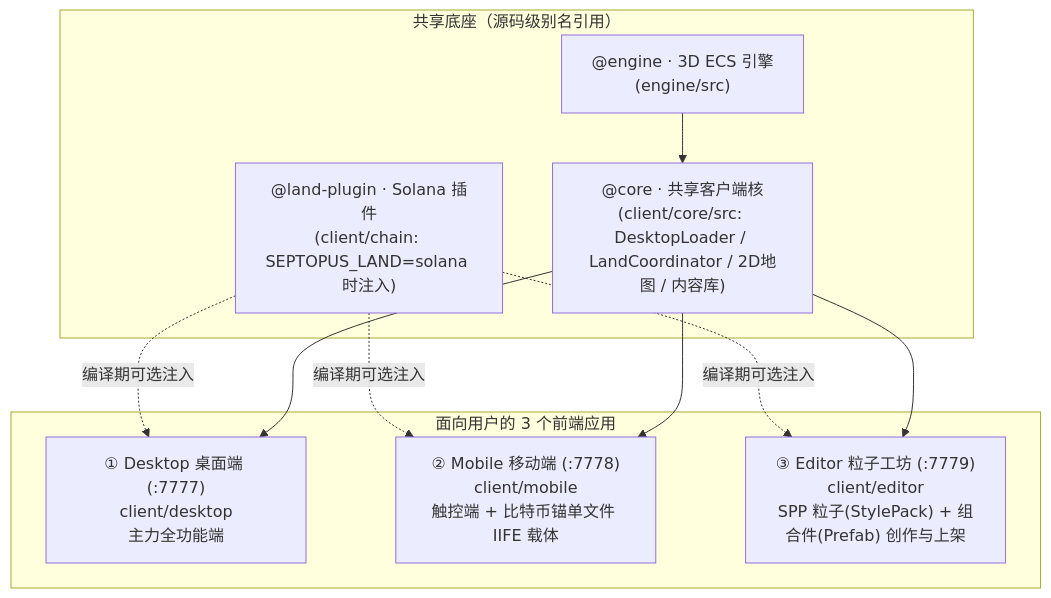
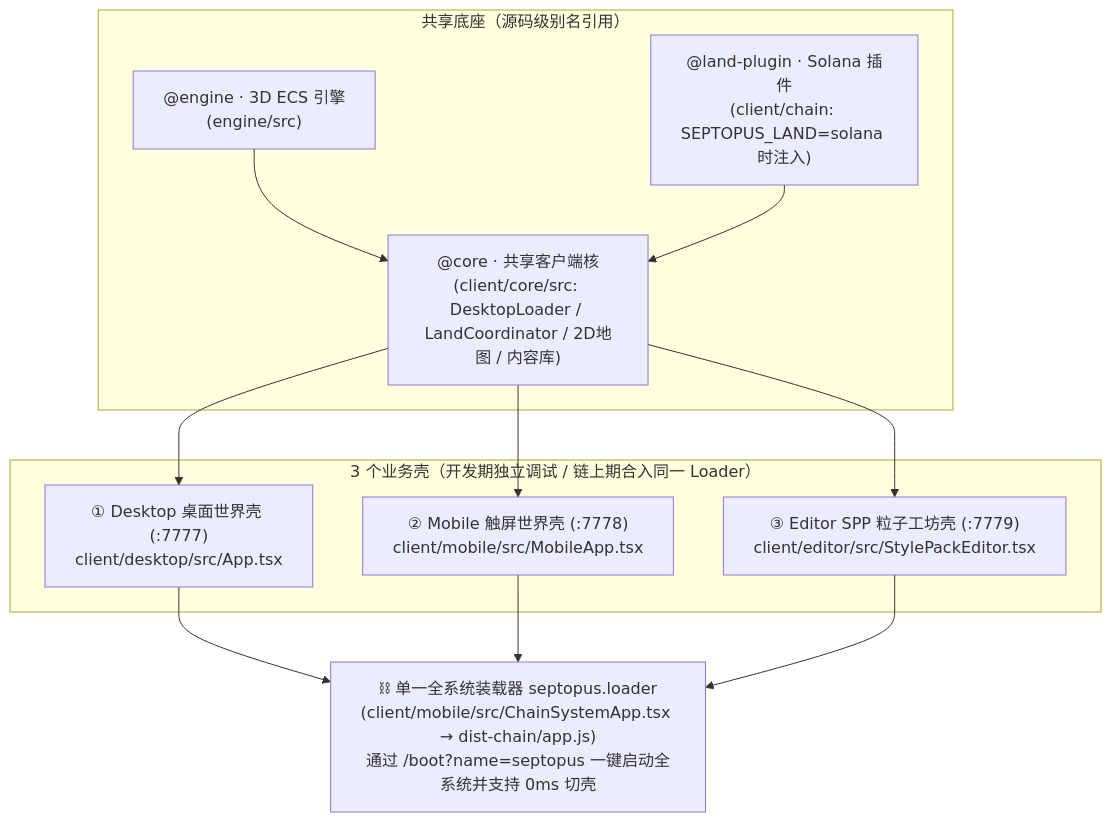
The first of 2 diagrams in docs/plan/PUBLIC_RELEASE_PLAN.md (septopus-rex/world), drawn with Mermaid before and after one commit. The commit also changed other lines of this file and 14 other files, not shown here.

Commit message:
feat(boot): pack unified system (mobile/desktop/editor + solana land) into single septopus.loader

````diff
--- a/docs/plan/PUBLIC_RELEASE_PLAN.md
+++ b/docs/plan/PUBLIC_RELEASE_PLAN.md
@@ -12,18 +12,21 @@
 ```mermaid
 flowchart TD
     subgraph Shared["共享底座（源码级别名引用）"]
         ENG["@engine · 3D ECS 引擎\n(engine/src)"]
         CORE["@core · 共享客户端核\n(client/core/src: DesktopLoader / LandCoordinator / 2D地图 / 内容库)"]
         CHAIN["@land-plugin · Solana 插件\n(client/chain: SEPTOPUS_LAND=solana 时注入)"]
     end
 
-    subgraph Clients["面向用户的 3 个前端应用"]
-        DESK["① Desktop 桌面端 (:7777)\nclient/desktop\n主力全功能端"]
-        MOB["② Mobile 移动端 (:7778)\nclient/mobile\n触控端 + 比特币锚单文件 IIFE 载体"]
-        EDIT["③ Editor 粒子工坊 (:7779)\nclient/editor\nSPP 粒子(StylePack) + 组合件(Prefab) 创作与上架"]
+    subgraph Shells["3 个业务壳（开发期独立调试 / 链上期合入同一 Loader）"]
+        DESK["① Desktop 桌面世界壳 (:7777)\nclient/desktop/src/App.tsx"]
+        MOB["② Mobile 触屏世界壳 (:7778)\nclient/mobile/src/MobileApp.tsx"]
+        EDIT["③ Editor SPP 粒子工坊壳 (:7779)\nclient/editor/src/StylePackEditor.tsx"]
     end
 
+    LOADER["⛓ 单一全系统装载器 septopus.loader\n(client/mobile/src/ChainSystemApp.tsx → dist-chain/app.js)\n通过 /boot?name=septopus 一键启动全系统并支持 0ms 切壳"]
+
     ENG --> CORE
-    CHAIN -. "编译期可选注入" .-> DESK & MOB & EDIT
+    CHAIN --> CORE
     CORE --> DESK & MOB & EDIT
+    DESK & MOB & EDIT --> LOADER
 ```
````
